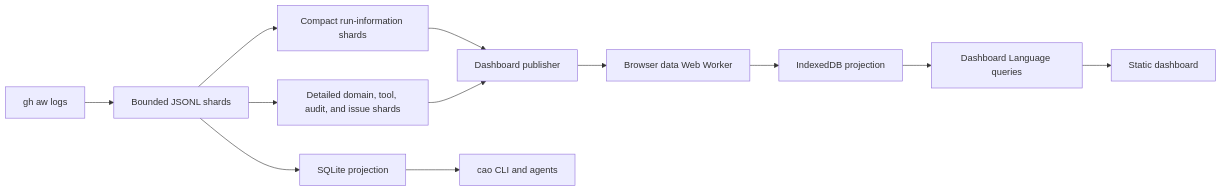
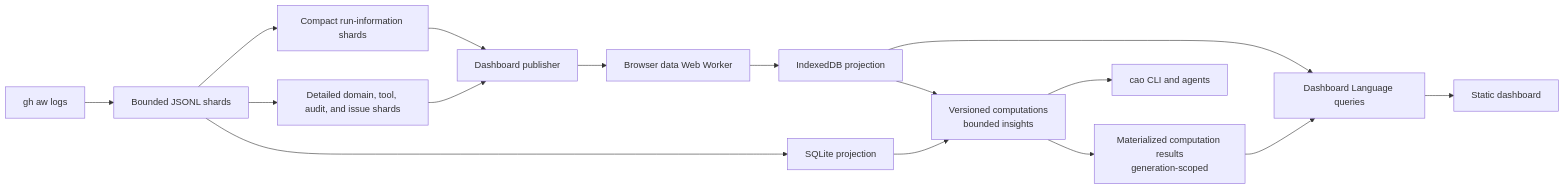
The second of 2 diagrams in ARCHITECTURE.md (githubnext/gh-aw-cao), drawn with Mermaid before and after one commit. The commit also changed other lines of this file and 11 other files, not shown here.

First line of the commit message:
Research dashboard data architecture

````diff
--- a/ARCHITECTURE.md
+++ b/ARCHITECTURE.md
@@ -70,22 +70,29 @@
 ```mermaid
 flowchart LR
     Logs["gh aw logs"]
     Shards["Bounded JSONL shards"]
     Runs["Compact run-information shards"]
     Records["Detailed domain, tool, audit, and issue shards"]
     SQLite["SQLite projection"]
     Publisher["Dashboard publisher"]
     Worker["Browser data Web Worker"]
     IndexedDB["IndexedDB projection"]
     Query["Dashboard Language queries"]
+    Compute["Versioned computations<br/>bounded insights"]
+    Results["Materialized computation results<br/>generation-scoped"]
     UI["Static dashboard"]
     CLI["cao CLI and agents"]
 
     Logs --> Shards
-    Shards --> SQLite --> CLI
+    Shards --> SQLite
     Shards --> Runs
     Shards --> Records
     Runs --> Publisher
     Records --> Publisher --> Worker
-    Worker --> IndexedDB --> Query --> UI
+    Worker --> IndexedDB
+    IndexedDB --> Query
+    IndexedDB --> Compute --> Results --> Query
+    SQLite --> Compute
+    Query --> UI
+    Compute --> CLI
 ```
````
